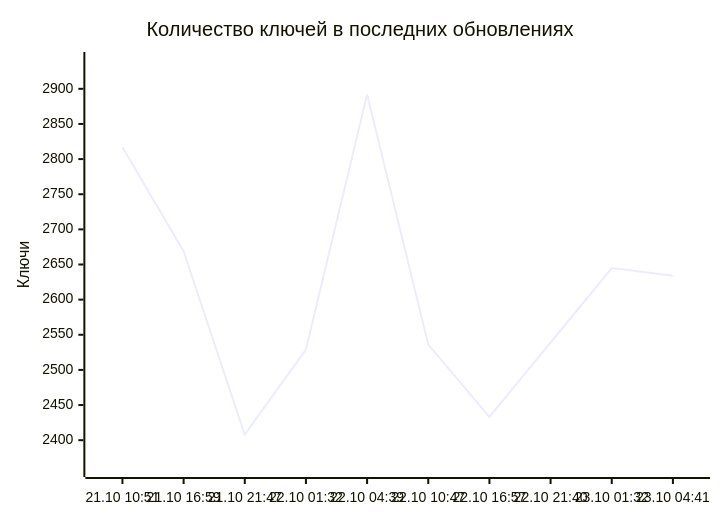
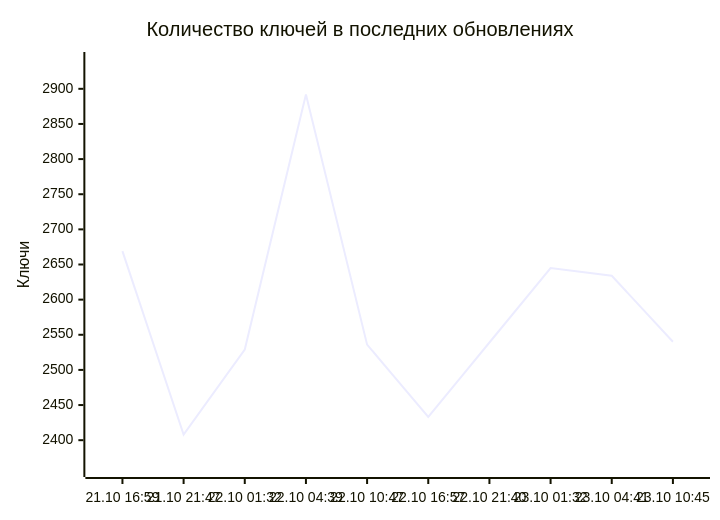
Before and after one commit to markKikhtenko/WireVeil: the diagram in README.md, drawn with Mermaid. The commit also changed other lines of this file and 12 other files, not shown here.

````diff
--- a/README.md
+++ b/README.md
@@ -55,7 +55,7 @@
 ```mermaid
 xychart-beta
     title "Количество ключей в последних обновлениях"
-    x-axis ["21.10 10:51", "21.10 16:59", "21.10 21:47", "22.10 01:32", "22.10 04:39", "22.10 10:47", "22.10 16:57", "22.10 21:40", "23.10 01:32", "23.10 04:41"]
+    x-axis ["21.10 16:59", "21.10 21:47", "22.10 01:32", "22.10 04:39", "22.10 10:47", "22.10 16:57", "22.10 21:40", "23.10 01:32", "23.10 04:41", "23.10 10:45"]
     y-axis "Ключи" 2359 --> 2941
-    line [2817, 2669, 2408, 2529, 2892, 2536, 2433, 2539, 2645, 2634]
+    line [2669, 2408, 2529, 2892, 2536, 2433, 2539, 2645, 2634, 2540]
 ```
````
